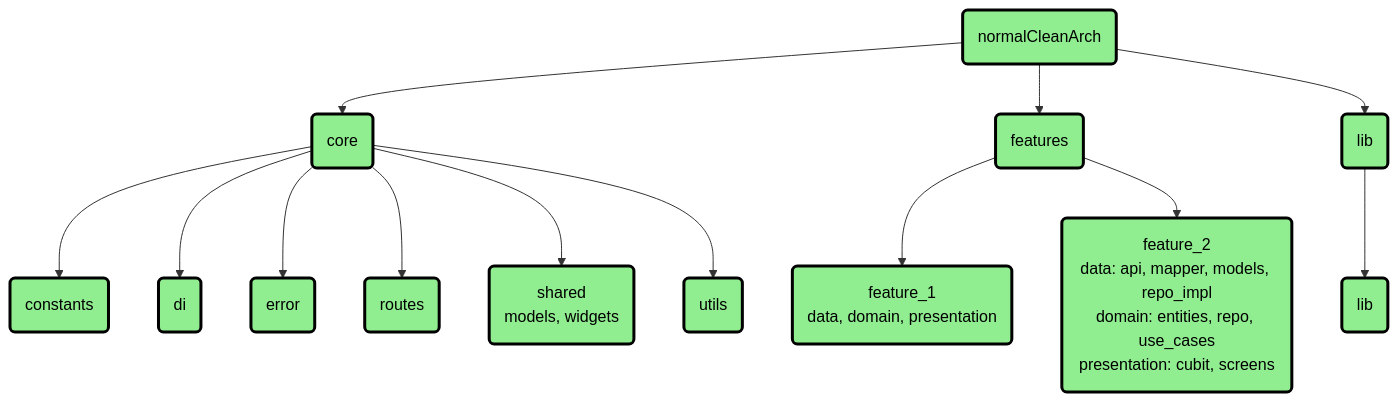
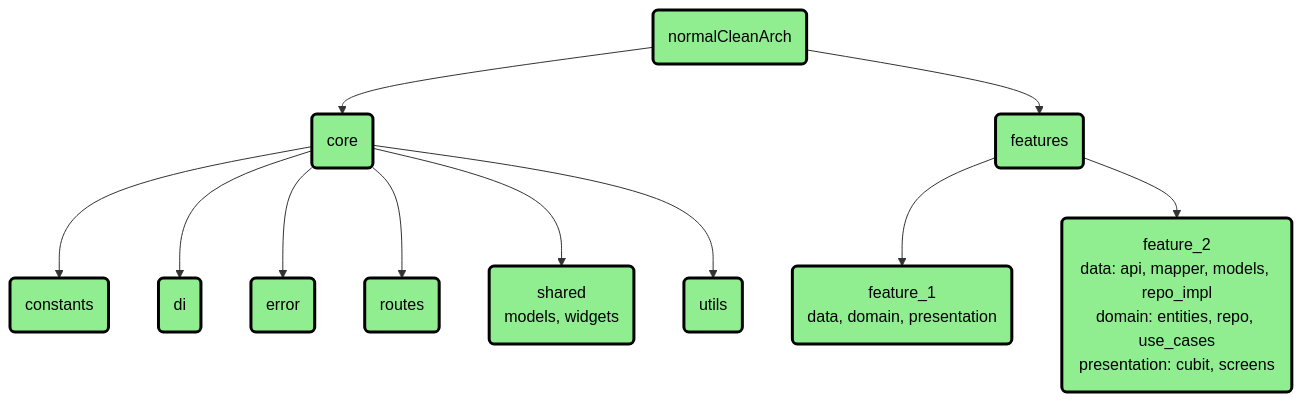
One commit to Mahm0udbakir/clean_arch changed the diagram in README.md. Above: the diagram before and after it, drawn with Mermaid.

Commit message:
Remove redundant node from README.md architecture diagram to streamline project structure representation.

````diff
--- a/README.md
+++ b/README.md
@@ -5,25 +5,22 @@
 ```mermaid
 graph TD
     A(normalCleanArch) --> B(core)
     A --> C(features)
-    A --> D(lib)
 
     B --> B1(constants)
     B --> B2(di)
     B --> B3(error)
     B --> B4(routes)
     B --> B5("shared<br/>models, widgets")
     B --> B6(utils)
 
     C --> C1("feature_1<br/>data, domain, presentation")
     C --> C2("feature_2<br/>data: api, mapper, models, repo_impl<br/>domain: entities, repo, use_cases<br/>presentation: cubit, screens")
 
-    D --> D1(lib)
-
     classDef core fill:#90EE90,stroke:#000000,stroke-width:3px,color:#000000;
     classDef features fill:#90EE90,stroke:#000000,stroke-width:3px,color:#000000;
     classDef lib fill:#90EE90,stroke:#000000,stroke-width:3px,color:#000000;
     class A,B,B1,B2,B3,B4,B5,B6 core;
     class C,C1,C2 features;
     class D,D1 lib;
 ```
````
